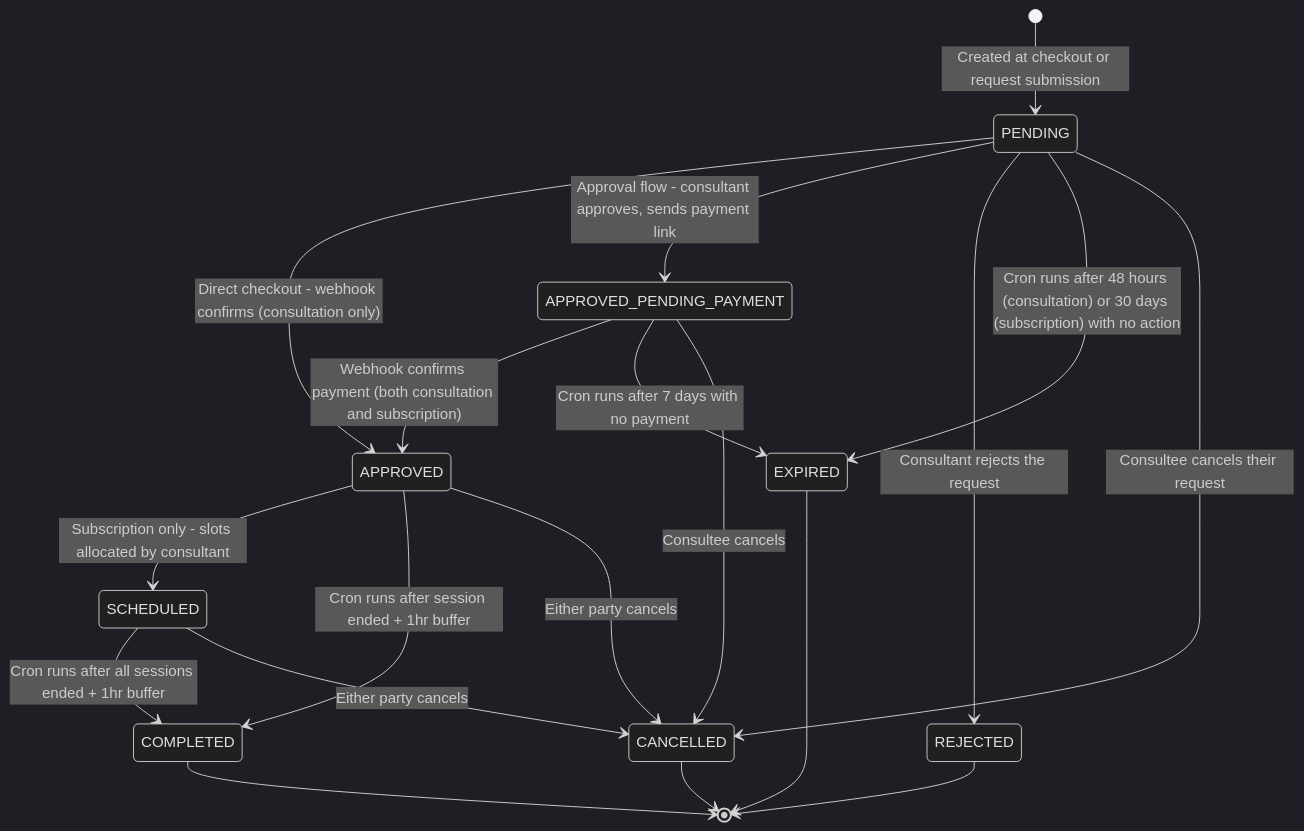
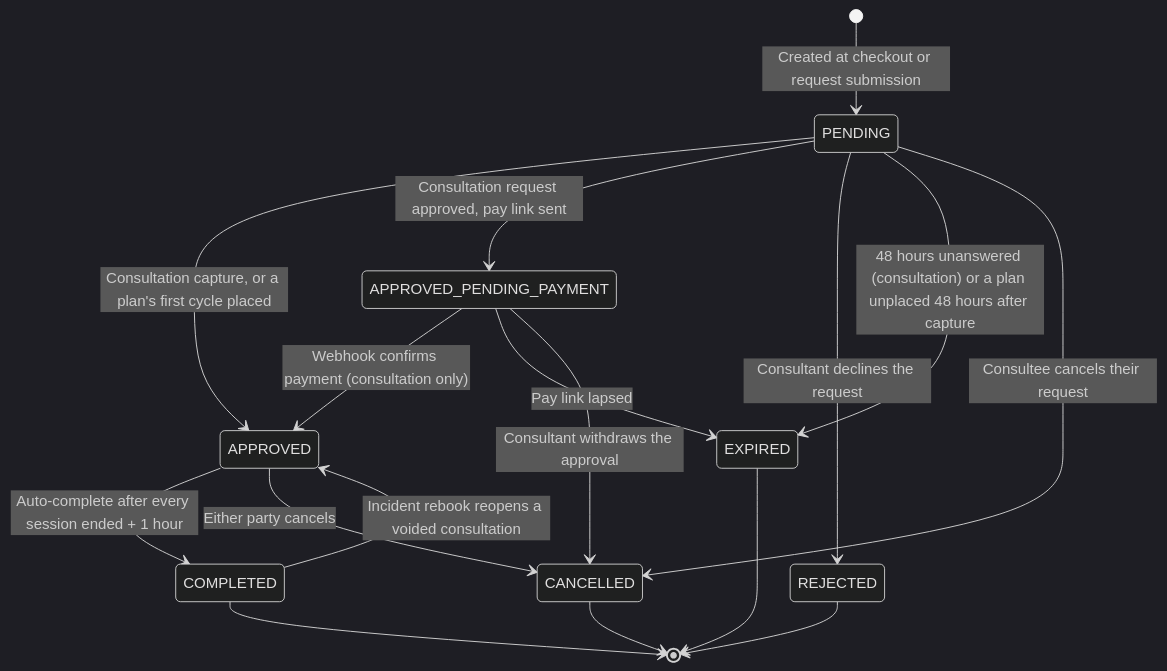
One commit to Practitionist/familiarise_web changed diagram 11 of 16 in docs/booking/06-booking-lifecycle.md. Above: the diagram before and after it, drawn with Mermaid (dark theme). The commit also changed other lines of this file and 182 other files, not shown here.

````diff
--- a/docs/booking/06-booking-lifecycle.md
+++ b/docs/booking/06-booking-lifecycle.md
@@ -918,26 +920,24 @@
 ```mermaid
 stateDiagram-v2
     [*] --> PENDING: Created at checkout or request submission
 
-    PENDING --> APPROVED: Direct checkout - webhook confirms (consultation only)
-    PENDING --> APPROVED_PENDING_PAYMENT: Approval flow - consultant approves, sends payment link
-    PENDING --> REJECTED: Consultant rejects the request
-    PENDING --> EXPIRED: Cron runs after 48 hours (consultation) or 30 days (subscription) with no action
+    PENDING --> APPROVED: Consultation capture, or a plan's first cycle placed
+    PENDING --> APPROVED_PENDING_PAYMENT: Consultation request approved, pay link sent
+    PENDING --> REJECTED: Consultant declines the request
+    PENDING --> EXPIRED: 48 hours unanswered (consultation) or a plan unplaced 48 hours after capture
     PENDING --> CANCELLED: Consultee cancels their request
 
-    APPROVED_PENDING_PAYMENT --> APPROVED: Webhook confirms payment (both consultation and subscription)
-    APPROVED_PENDING_PAYMENT --> EXPIRED: Cron runs after 7 days with no payment
-    APPROVED_PENDING_PAYMENT --> CANCELLED: Consultee cancels
+    APPROVED_PENDING_PAYMENT --> APPROVED: Webhook confirms payment (consultation only)
+    APPROVED_PENDING_PAYMENT --> EXPIRED: Pay link lapsed
+    APPROVED_PENDING_PAYMENT --> CANCELLED: Consultant withdraws the approval
 
-    APPROVED --> SCHEDULED: Subscription only - slots allocated by consultant
-    APPROVED --> COMPLETED: Cron runs after session ended + 1hr buffer
+    APPROVED --> COMPLETED: Auto-complete after every session ended + 1 hour
     APPROVED --> CANCELLED: Either party cancels
 
-    SCHEDULED --> COMPLETED: Cron runs after all sessions ended + 1hr buffer
-    SCHEDULED --> CANCELLED: Either party cancels
+    COMPLETED --> APPROVED: Incident rebook reopens a voided consultation
 
     COMPLETED --> [*]
     REJECTED --> [*]
     EXPIRED --> [*]
     CANCELLED --> [*]
 ```
````
